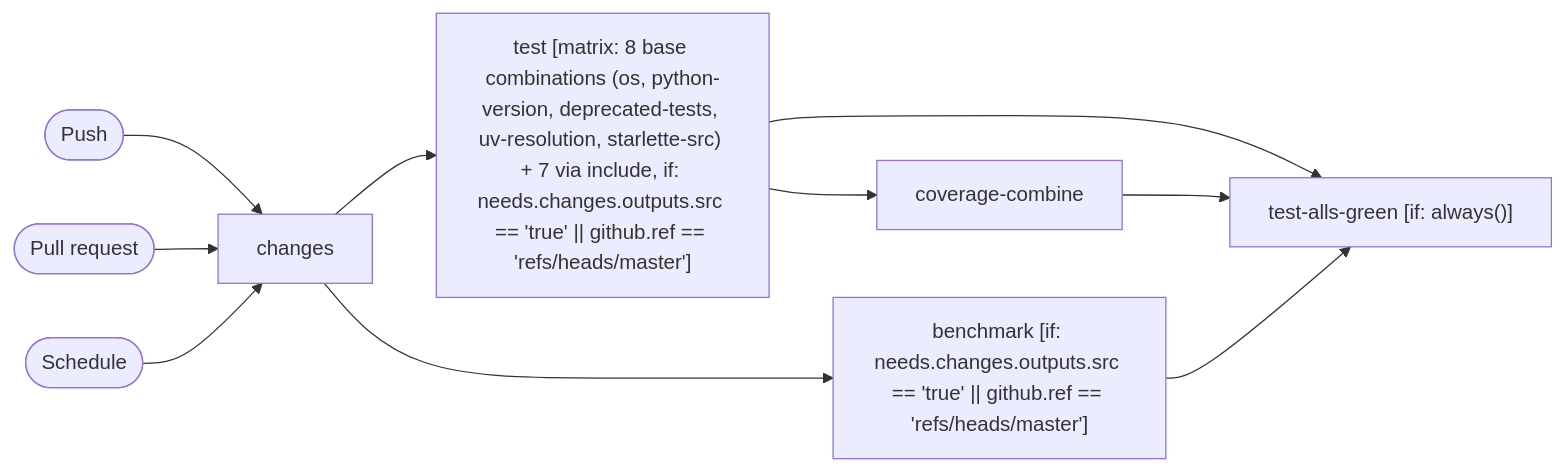
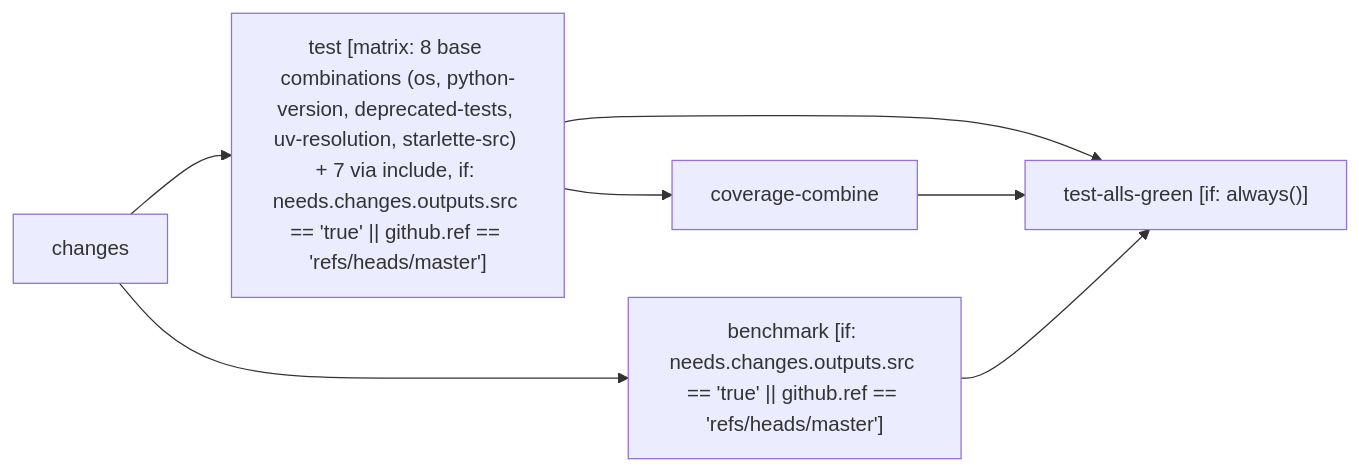
The diagram in tests/golden/fastapi_test.md (bhagatshivam/what-is-my-pipeline-doing), drawn with Mermaid before and after one commit. The commit also changed other lines of this file and 27 other files, not shown here.

````diff
--- a/tests/golden/fastapi_test.md
+++ b/tests/golden/fastapi_test.md
@@ -55,20 +67,14 @@
 ```mermaid
 flowchart LR
-    trigger_0(["Push"])
-    trigger_1(["Pull request"])
-    trigger_2(["Schedule"])
     changes["changes"]
     test["test [matrix: 8 base combinations (os, python-version, deprecated-tests, uv-resolution, starlette-src) + 7 via include, if: needs.changes.outputs.src == 'true' || github.ref == 'refs/heads/master']"]
     benchmark["benchmark [if: needs.changes.outputs.src == 'true' || github.ref == 'refs/heads/master']"]
     coverage-combine["coverage-combine"]
     test-alls-green["test-alls-green [if: always()]"]
-    trigger_0 --> changes
-    trigger_1 --> changes
-    trigger_2 --> changes
     changes --> test
     changes --> benchmark
     test --> coverage-combine
     test --> test-alls-green
     coverage-combine --> test-alls-green
     benchmark --> test-alls-green
 ```
````
